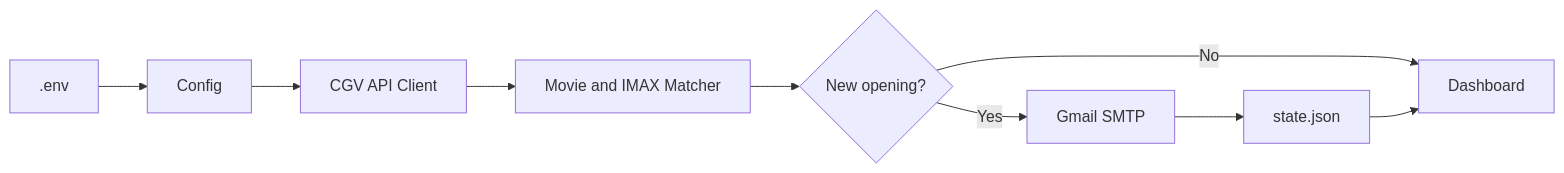
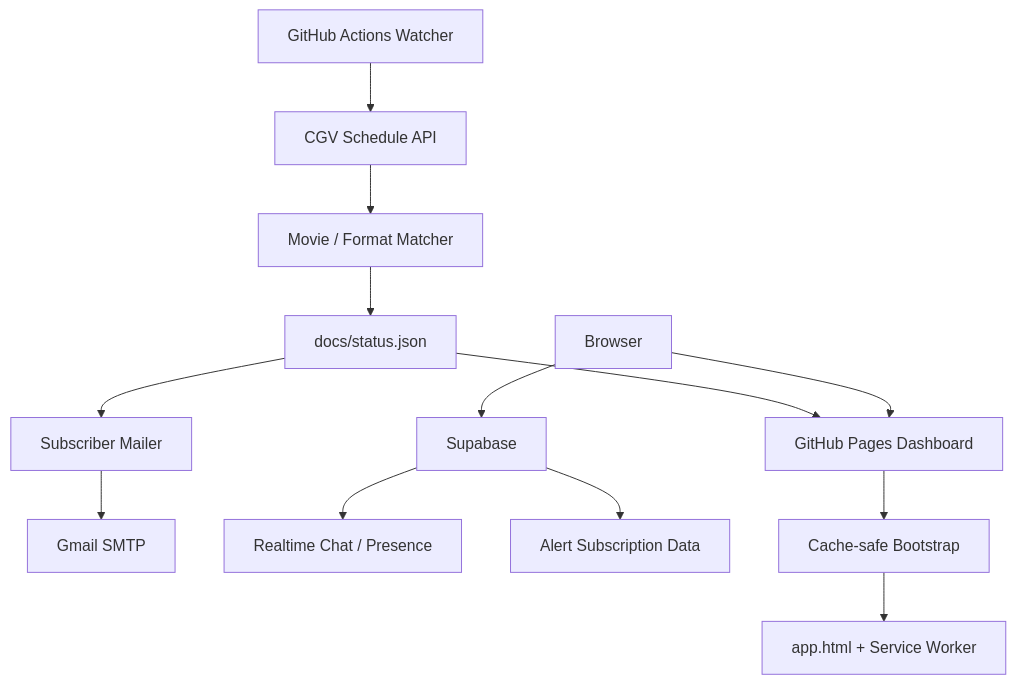
One commit to LIM-AIT/cgv-api-watcher changed the diagram in README.md. Above: the diagram before and after it, drawn with Mermaid. The commit also changed other lines of this file, not shown here.

Commit message:
Update documentation for stable CGV Watcher

````diff
--- a/README.md
+++ b/README.md
@@ -150,11 +86,17 @@
 ```mermaid
-flowchart LR
-    A[.env] --> B[Config]
-    B --> C[CGV API Client]
-    C --> D[Movie and IMAX Matcher]
-    D --> E{New opening?}
-    E -- No --> F[Dashboard]
-    E -- Yes --> G[Gmail SMTP]
-    G --> H[state.json]
-    H --> F
+flowchart TD
+    A[GitHub Actions Watcher] --> B[CGV Schedule API]
+    B --> C[Movie / Format Matcher]
+    C --> D[docs/status.json]
+    D --> E[GitHub Pages Dashboard]
+    D --> F[Subscriber Mailer]
+    F --> G[Gmail SMTP]
+
+    H[Browser] --> E
+    H --> I[Supabase]
+    I --> J[Realtime Chat / Presence]
+    I --> K[Alert Subscription Data]
+
+    E --> L[Cache-safe Bootstrap]
+    L --> M[app.html + Service Worker]
 ```
````
